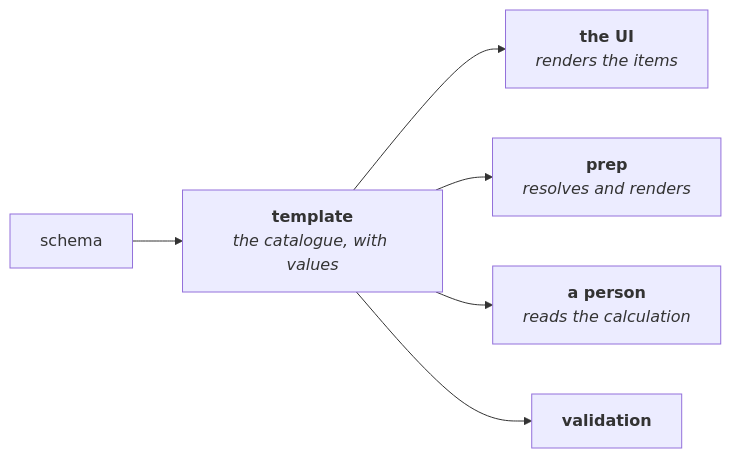
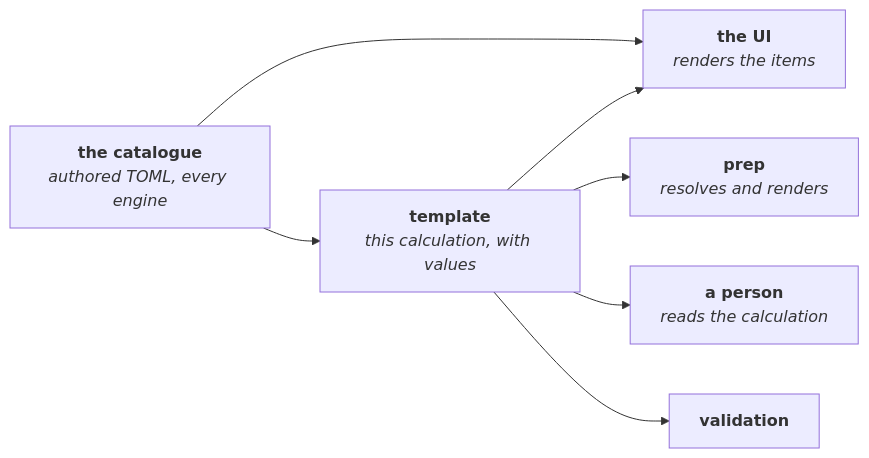
One commit to Qing-LAB/molbuilder changed the second of 3 diagrams in docs/execution/generator.md. Above: the diagram before and after it, drawn with Mermaid. The commit also changed other lines of this file, not shown here.

````diff
--- a/docs/execution/generator.md
+++ b/docs/execution/generator.md
@@ -140,8 +154,9 @@
 ```mermaid
 flowchart LR
-    S["schema"] --> T["<b>template</b><br/><i>the catalogue, with values</i>"]
-    T --> UI["<b>the UI</b><br/><i>renders the items</i>"]
+    S["<b>the catalogue</b><br/><i>authored TOML, every engine</i>"] --> T["<b>template</b><br/><i>this calculation, with values</i>"]
+    S --> UI["<b>the UI</b><br/><i>renders the items</i>"]
+    T --> UI
     T --> PR["<b>prep</b><br/><i>resolves and renders</i>"]
     T --> P["<b>a person</b><br/><i>reads the calculation</i>"]
     T --> V["<b>validation</b>"]
 ```
````
